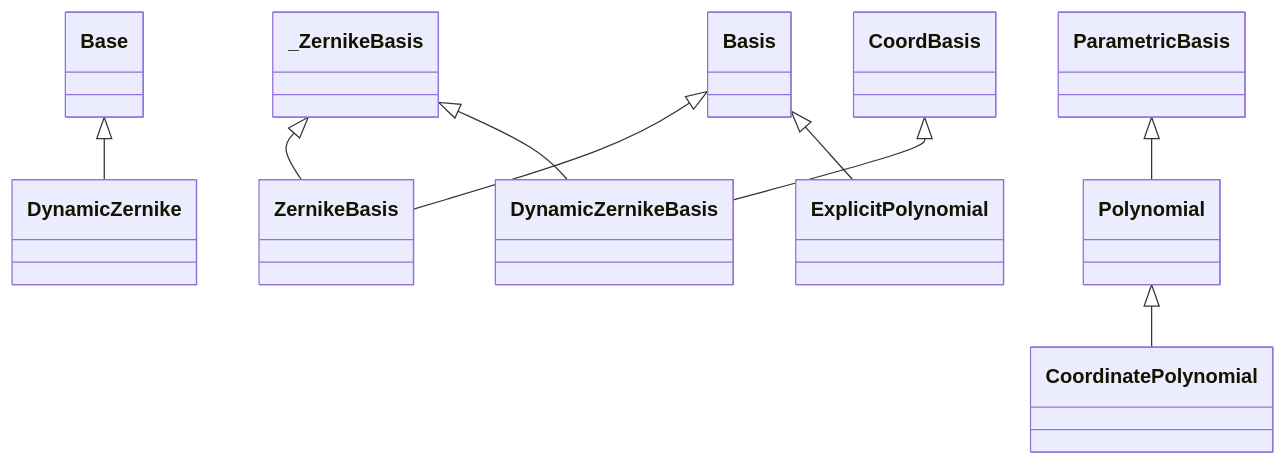
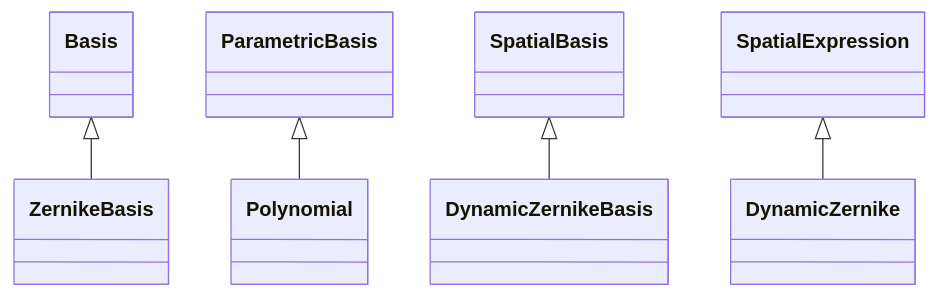
One commit to LouisDesdoigts/dLux changed the seventh of 12 diagrams in docs/API/core/overview.md. Above: the diagram before and after it, drawn with Mermaid. The commit also changed other lines of this file and 8 other files, not shown here.

````diff
--- a/docs/API/core/overview.md
+++ b/docs/API/core/overview.md
@@ -176,28 +175,19 @@
 ```mermaid
 classDiagram
+    class dLux_parametric_polynomials_Polynomial["Polynomial"]
     class dLux_parametric_polynomials_DynamicZernike["DynamicZernike"]
     class dLux_parametric_polynomials_ZernikeBasis["ZernikeBasis"]
     class dLux_parametric_polynomials_DynamicZernikeBasis["DynamicZernikeBasis"]
-    class dLux_parametric_polynomials_Polynomial["Polynomial"]
-    class dLux_parametric_polynomials_ExplicitPolynomial["ExplicitPolynomial"]
-    class dLux_parametric_polynomials_CoordinatePolynomial["CoordinatePolynomial"]
-    class dLux_base_Base["Base"]
     class dLux_parametric_bases_Basis["Basis"]
-    class dLux_parametric_bases_CoordBasis["CoordBasis"]
     class dLux_parametric_bases_ParametricBasis["ParametricBasis"]
-    class dLux_parametric_polynomials__ZernikeBasis["_ZernikeBasis"]
-    dLux_base_Base <|-- dLux_parametric_polynomials_DynamicZernike
-    click dLux_parametric_polynomials_DynamicZernike href "../polynomials/#dLux.parametric.polynomials.DynamicZernike" "Attributes: j, n, m, name · Methods: calculate()"
-    dLux_parametric_polynomials__ZernikeBasis <|-- dLux_parametric_polynomials_ZernikeBasis
+    class dLux_parametric_bases_SpatialBasis["SpatialBasis"]
+    class dLux_parametric_parametrics_SpatialExpression["SpatialExpression"]
+    dLux_parametric_bases_ParametricBasis <|-- dLux_parametric_polynomials_Polynomial
+    click dLux_parametric_polynomials_Polynomial href "../polynomials/#dLux.parametric.polynomials.Polynomial" "Attributes: coeffs, powers · Methods: calculate_basis(), evaluate(), solve()"
+    dLux_parametric_parametrics_SpatialExpression <|-- dLux_parametric_polynomials_DynamicZernike
+    click dLux_parametric_polynomials_DynamicZernike href "../polynomials/#dLux.parametric.polynomials.DynamicZernike" "Attributes: j, n, m, name · Methods: evaluate()"
     dLux_parametric_bases_Basis <|-- dLux_parametric_polynomials_ZernikeBasis
-    click dLux_parametric_polynomials_ZernikeBasis href "../polynomials/#dLux.parametric.polynomials.ZernikeBasis" "Attributes: coeffs, shape, basis"
-    dLux_parametric_polynomials__ZernikeBasis <|-- dLux_parametric_polynomials_DynamicZernikeBasis
-    dLux_parametric_bases_CoordBasis <|-- dLux_parametric_polynomials_DynamicZernikeBasis
-    click dLux_parametric_polynomials_DynamicZernikeBasis href "../polynomials/#dLux.parametric.polynomials.DynamicZernikeBasis" "Attributes: coeffs, shape, zernikes, nsides, diameter · Methods: calculate_basis()"
-    dLux_parametric_bases_ParametricBasis <|-- dLux_parametric_polynomials_Polynomial
-    click dLux_parametric_polynomials_Polynomial href "../polynomials/#dLux.parametric.polynomials.Polynomial" "Attributes: coeffs, shape, powers · Methods: calculate_basis(), evaluate(), solve_basis()"
-    dLux_parametric_bases_Basis <|-- dLux_parametric_polynomials_ExplicitPolynomial
-    click dLux_parametric_polynomials_ExplicitPolynomial href "../polynomials/#dLux.parametric.polynomials.ExplicitPolynomial" "Attributes: coeffs, shape, basis, powers"
-    dLux_parametric_polynomials_Polynomial <|-- dLux_parametric_polynomials_CoordinatePolynomial
-    click dLux_parametric_polynomials_CoordinatePolynomial href "../polynomials/#dLux.parametric.polynomials.CoordinatePolynomial" "Attributes: coeffs, shape, powers, ndim · Methods: calculate_basis()"
+    click dLux_parametric_polynomials_ZernikeBasis href "../polynomials/#dLux.parametric.polynomials.ZernikeBasis" "Attributes: coeffs, basis, axes"
+    dLux_parametric_bases_SpatialBasis <|-- dLux_parametric_polynomials_DynamicZernikeBasis
+    click dLux_parametric_polynomials_DynamicZernikeBasis href "../polynomials/#dLux.parametric.polynomials.DynamicZernikeBasis" "Attributes: coeffs, shape, zernikes, nsides, diameter · Methods: evaluate(), calculate_basis()"
 ```
````
